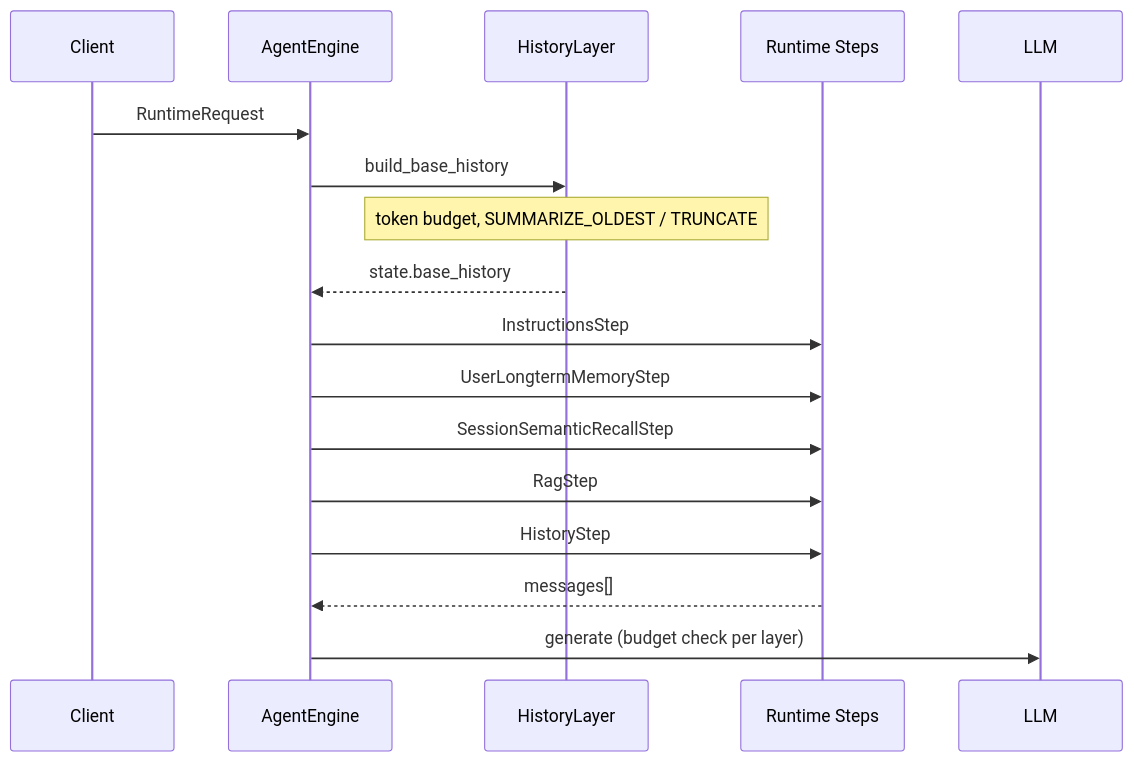
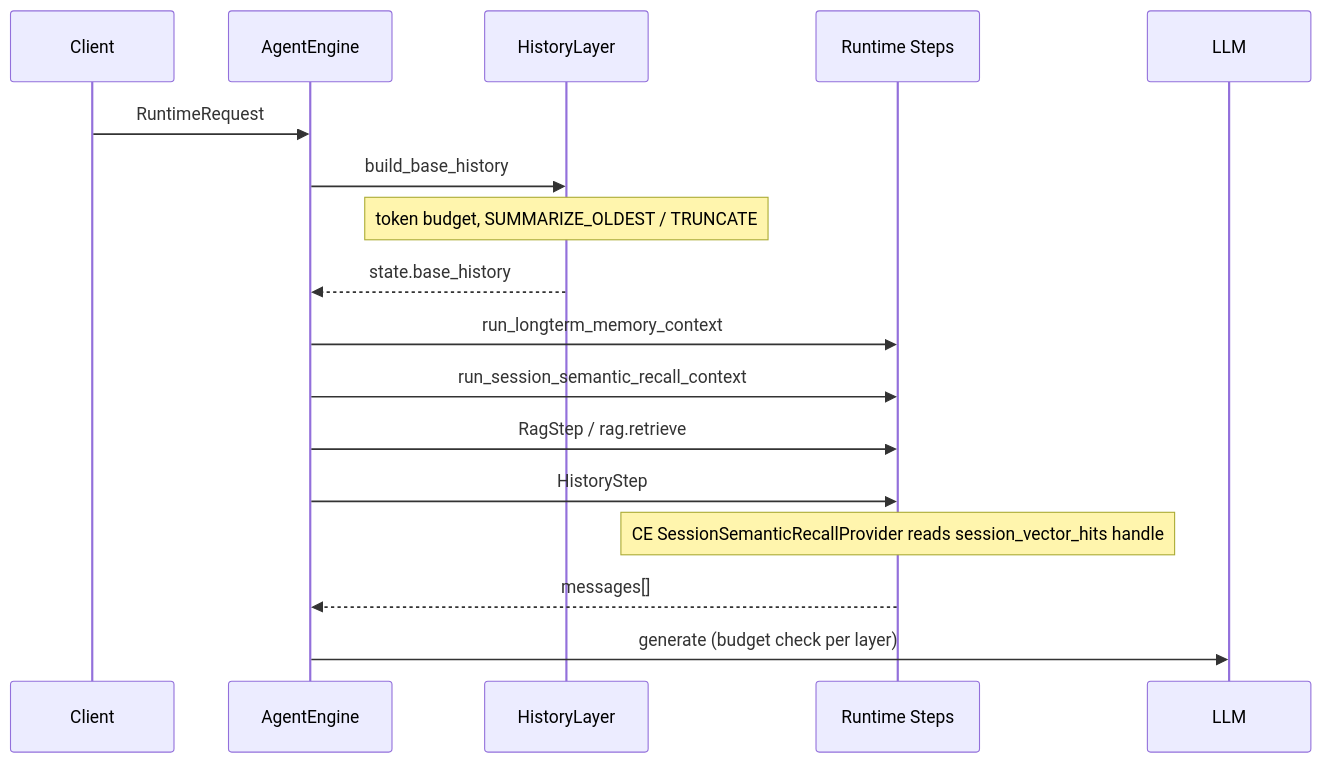
One commit to jakbuczarnecki/intergrax changed the third of 4 diagrams in docs/architecture/MEMORY.md. Above: the diagram before and after it, drawn with Mermaid. The commit also changed other lines of this file and 15 other files, not shown here.

Commit message:
docs(memory): sync architecture and audit instruction after MEM-VEC verification

````diff
--- a/docs/architecture/MEMORY.md
+++ b/docs/architecture/MEMORY.md
@@ -268,20 +269,20 @@
 ```mermaid
 sequenceDiagram
     participant Client
     participant Engine as AgentEngine
     participant HL as HistoryLayer
     participant Steps as Runtime Steps
     participant LLM
 
     Client->>Engine: RuntimeRequest
     Engine->>HL: build_base_history
     Note over HL: token budget, SUMMARIZE_OLDEST / TRUNCATE
     HL-->>Engine: state.base_history
-    Engine->>Steps: InstructionsStep
-    Engine->>Steps: UserLongtermMemoryStep
-    Engine->>Steps: SessionSemanticRecallStep
-    Engine->>Steps: RagStep
+    Engine->>Steps: run_longterm_memory_context
+    Engine->>Steps: run_session_semantic_recall_context
+    Engine->>Steps: RagStep / rag.retrieve
     Engine->>Steps: HistoryStep
+    Note over Steps: CE SessionSemanticRecallProvider reads session_vector_hits handle
     Steps-->>Engine: messages[]
     Engine->>LLM: generate (budget check per layer)
 ```
````
